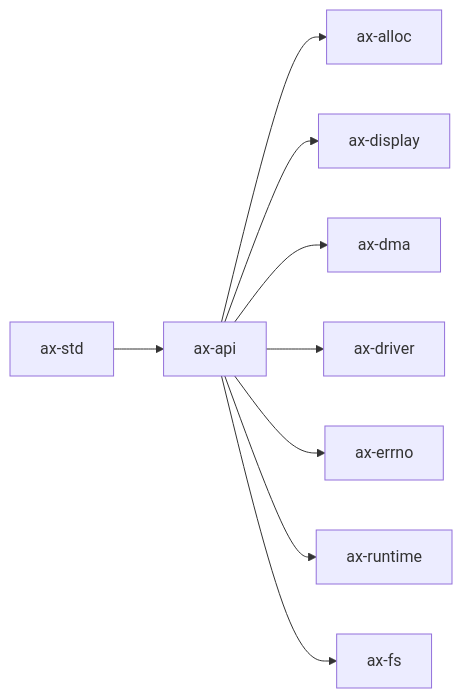
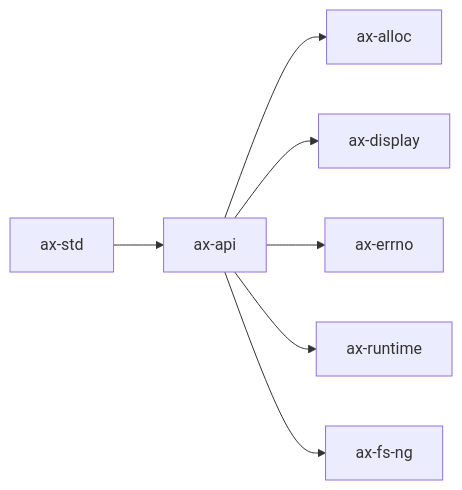
The diagram in docs/docs/components/crates/ax-api.md (rcore-os/tgoskits), drawn with Mermaid before and after one commit. The commit also changed other lines of this file and 386 other files, not shown here.

````diff
--- a/docs/docs/components/crates/ax-api.md
+++ b/docs/docs/components/crates/ax-api.md
@@ -32,12 +32,10 @@
 ```mermaid
 graph LR
     current["ax-api"]
     current --> ax-alloc["ax-alloc"]
     current --> ax-display["ax-display"]
-    current --> ax_dma["ax-dma"]
-    current --> ax-driver["ax-driver"]
     current --> ax_errno["ax-errno"]
     current --> ax-runtime["ax-runtime"]
-    current --> ax-fs["ax-fs"]
+    current --> ax-fs-ng["ax-fs-ng"]
     ax_std["ax-std"] --> current
 ```
````
